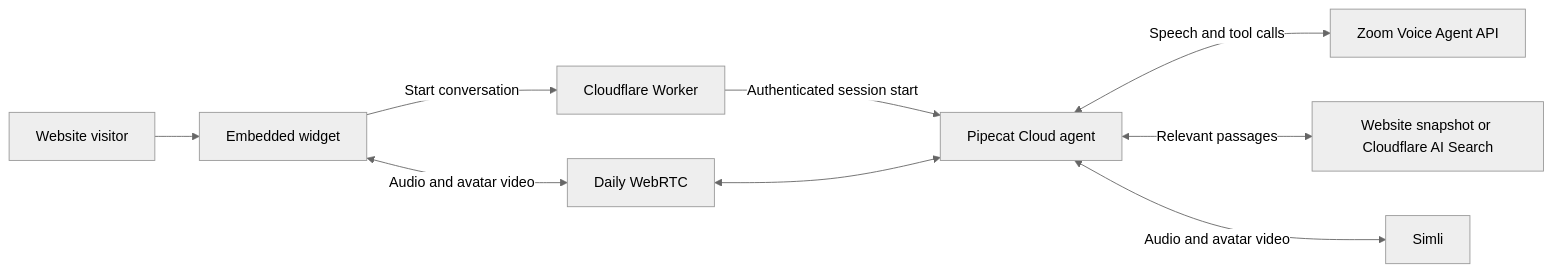
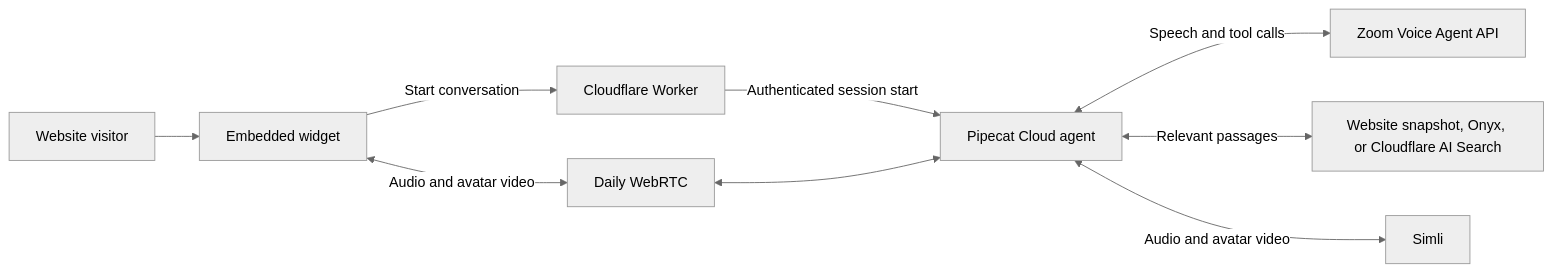
Before and after one commit to ChangliangLiu/nova-website-assistant: the diagram in README.md, drawn with Mermaid (neutral theme). The commit also changed other lines of this file and 9 other files, not shown here.

Commit message:
Add scoped Onyx search provider

````diff
--- a/README.md
+++ b/README.md
@@ -7,11 +7,11 @@
 ```mermaid
 flowchart LR
     Visitor[Website visitor] --> Widget[Embedded widget]
     Widget -->|Start conversation| Gateway[Cloudflare Worker]
     Gateway -->|Authenticated session start| Agent[Pipecat Cloud agent]
     Widget <-->|Audio and avatar video| Daily[Daily WebRTC]
     Daily <--> Agent
     Agent <-->|Speech and tool calls| Zoom[Zoom Voice Agent API]
-    Agent <-->|Relevant passages| Search[Website snapshot or Cloudflare AI Search]
+    Agent <-->|Relevant passages| Search[Website snapshot, Onyx, or Cloudflare AI Search]
     Agent <-->|Audio and avatar video| Simli[Simli]
 ```
````
